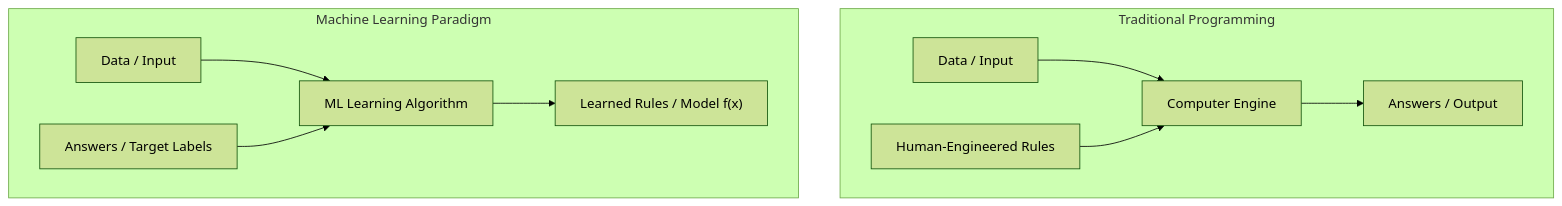
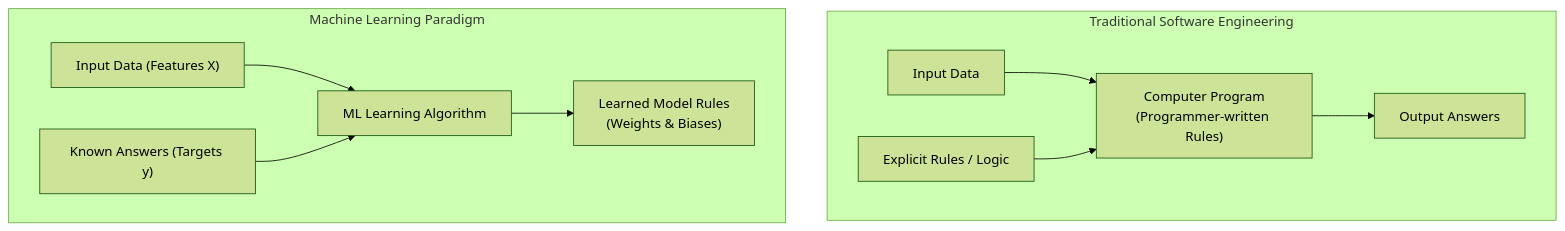
Before and after one commit to S1h2i3v4a/AI_ML: the diagram in lecture_23/Notes_23.01/README.md, drawn with Mermaid (forest theme). The commit also changed other lines of this file and 156 other files, not shown here.

Commit message:
docs(lectures 22-24): align notes with video lectures, add blackboard diagrams, clean structured functions, and compile vector PDFs

````diff
--- a/lecture_23/Notes_23.01/README.md
+++ b/lecture_23/Notes_23.01/README.md
@@ -34,13 +10,14 @@
 ```mermaid
-graph TD
-    subgraph Traditional Programming
-        D1["Data / Input"] --> P1["Computer Engine"]
-        R1["Human-Engineered Rules"] --> P1
-        P1 --> O1["Answers / Output"]
+flowchart TD
+    subgraph Traditional["Traditional Software Engineering"]
+        D1["Input Data"] --> P1["Computer Program<br/>(Programmer-written Rules)"]
+        R1["Explicit Rules / Logic"] --> P1
+        P1 --> O1["Output Answers"]
     end
-    subgraph Machine Learning Paradigm
-        D2["Data / Input"] --> P2["ML Learning Algorithm"]
-        O2["Answers / Target Labels"] --> P2
-        P2 --> R2["Learned Rules / Model f(x)"]
+
+    subgraph ML["Machine Learning Paradigm"]
+        D2["Input Data (Features X)"] --> P2["ML Learning Algorithm"]
+        A2["Known Answers (Targets y)"] --> P2
+        P2 --> O2["Learned Model Rules<br/>(Weights & Biases)"]
     end
 ```
````
